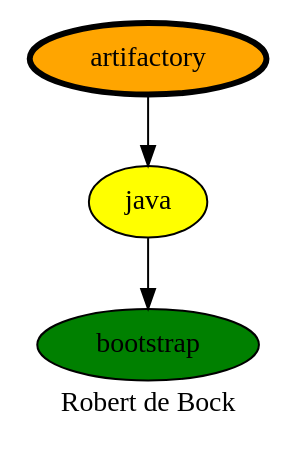
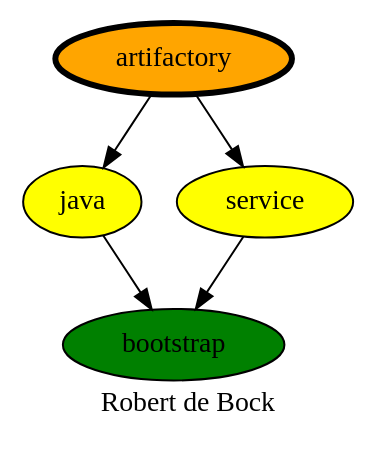
One commit to robertdebock/drawings changed the diagram in artifactory.dot. Above: the diagram before and after it, drawn with Graphviz. The commit also changed 7 other files, not shown here.

```diff
--- a/artifactory.dot
+++ b/artifactory.dot
@@ -1,11 +1,12 @@
 digraph PhiloDilemma {
   label = "Robert de Bock" ;
   overlap=false
   {
     bootstrap [fillcolor=green style=filled]
     java [fillcolor=yellow style=filled]
+    service [fillcolor=yellow style=filled]
     artifactory [fillcolor=orange style=filled penwidth=3]
   }
-  java -> bootstrap
-  artifactory -> java
+  {java service} -> bootstrap
+  artifactory -> {java service}
 }
```
